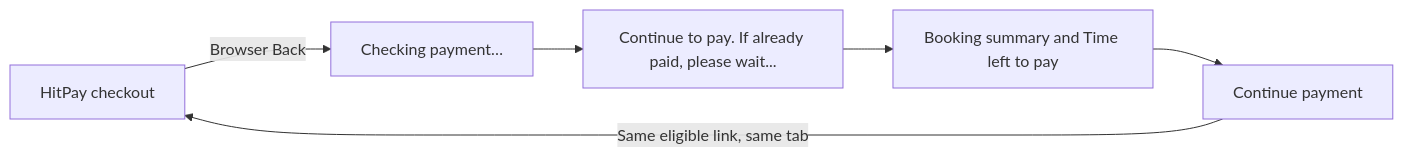
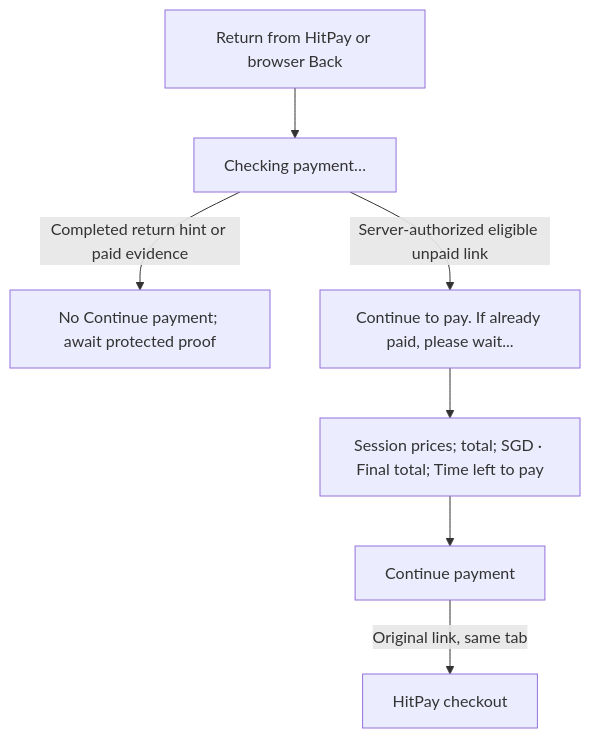
Before and after one commit to soccerbotstudiosg/soccerbotstudioSG: the eighth of 19 diagrams in docs/booking-flows.md, drawn with Mermaid. The commit also changed other lines of this file and 20 other files, not shown here.

````diff
--- a/docs/booking-flows.md
+++ b/docs/booking-flows.md
@@ -108,8 +114,9 @@
 ```mermaid
-flowchart LR
-  A["HitPay checkout"] -->|Browser Back| B["Checking payment…"]
-  B --> C["Continue to pay. If already paid, please wait..."]
-  C --> D["Booking summary and Time left to pay"]
-  D --> E["Continue payment"]
-  E -->|Same eligible link, same tab| A
+flowchart TD
+  A["Return from HitPay or browser Back"] --> B["Checking payment…"]
+  B -->|Completed return hint or paid evidence| C["No Continue payment; await protected proof"]
+  B -->|Server-authorized eligible unpaid link| D["Continue to pay. If already paid, please wait..."]
+  D --> E["Session prices; total; SGD · Final total; Time left to pay"]
+  E --> F["Continue payment"]
+  F -->|Original link, same tab| G["HitPay checkout"]
 ```
````
